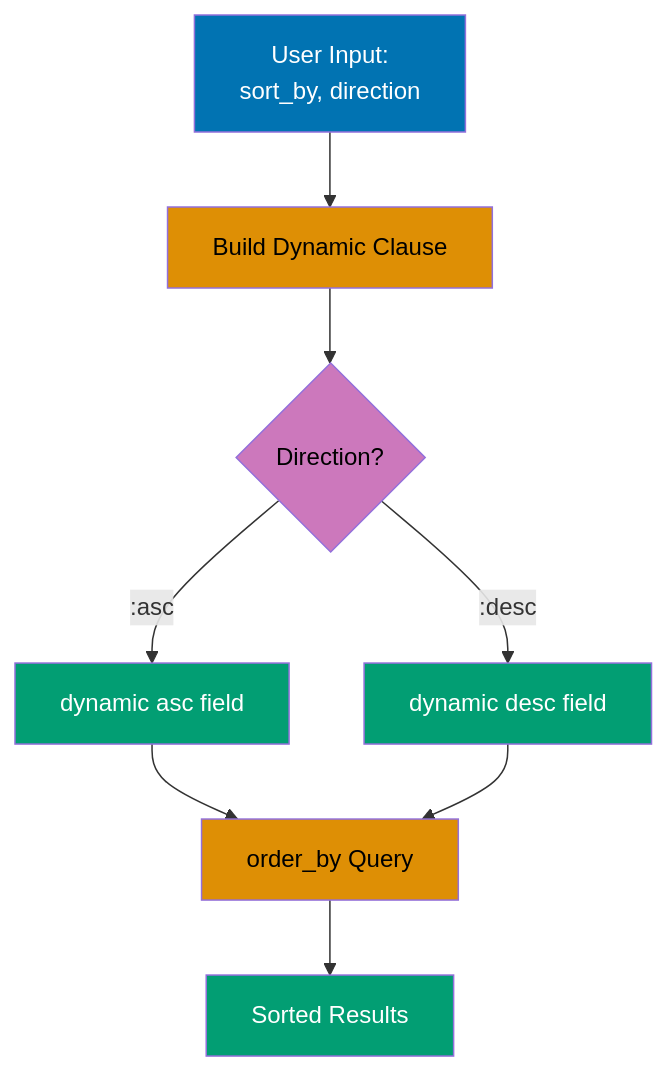
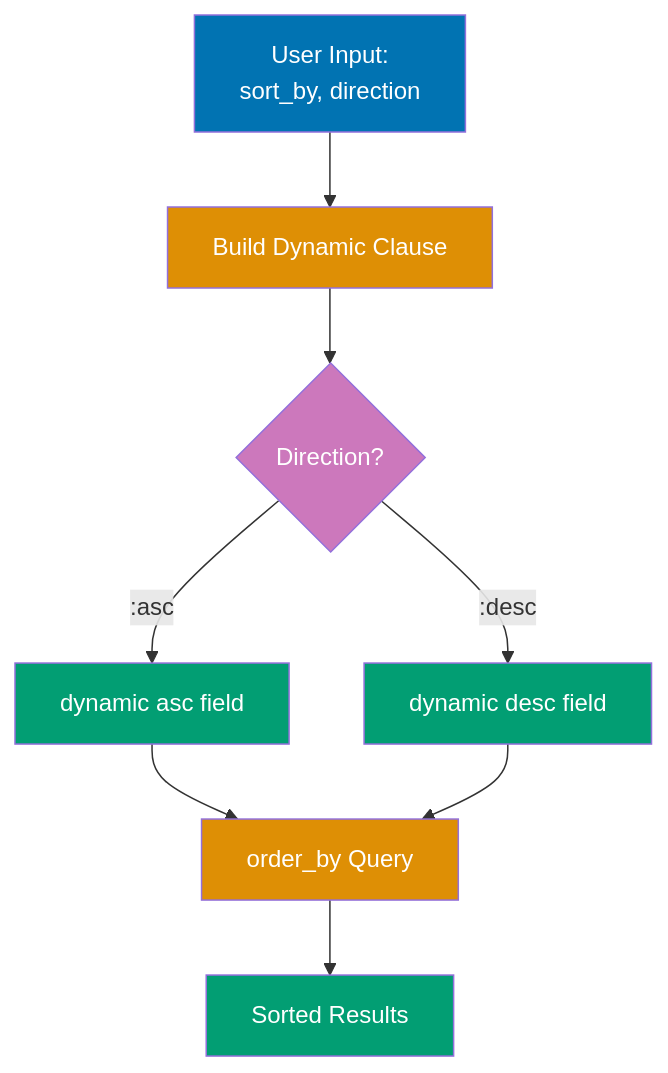
Before and after one commit to wahidyankf/open-sharia-enterprise: the second of 12 diagrams in apps/ayokoding-web/content/en/learn/software-engineering/data/tools/elixir-ecto/by-example/advanced.md, drawn with Mermaid. The commit also changed other lines of this file and 61 other files, not shown here.

First line of the commit message:
fix(ayokoding-web): quote Mermaid node labels with special characters in Example 63

````diff
--- a/apps/ayokoding-web/content/en/learn/software-engineering/data/tools/elixir-ecto/by-example/advanced.md
+++ b/apps/ayokoding-web/content/en/learn/software-engineering/data/tools/elixir-ecto/by-example/advanced.md
@@ -162,20 +162,20 @@
 ```mermaid
 %% Color Palette: Blue #0173B2, Orange #DE8F05, Teal #029E73, Purple #CC78BC, Brown #CA9161
 %%  Dynamic Order By Flow
 graph TD
     A[User Input:<br/>sort_by, direction] --> B[Build Dynamic Clause]
     B --> C{Direction?}
     C -->|:asc| D[dynamic asc field]
     C -->|:desc| E[dynamic desc field]
     D --> F[order_by Query]
     E --> F
     F --> G[Sorted Results]
 
     style A fill:#0173B2,color:#fff
-    style B fill:#DE8F05,color:#000
-    style C fill:#CC78BC,color:#000
+    style B fill:#DE8F05,color:#fff
+    style C fill:#CC78BC,color:#fff
     style D fill:#029E73,color:#fff
     style E fill:#029E73,color:#fff
-    style F fill:#DE8F05,color:#000
+    style F fill:#DE8F05,color:#fff
     style G fill:#029E73,color:#fff
 ```
````
